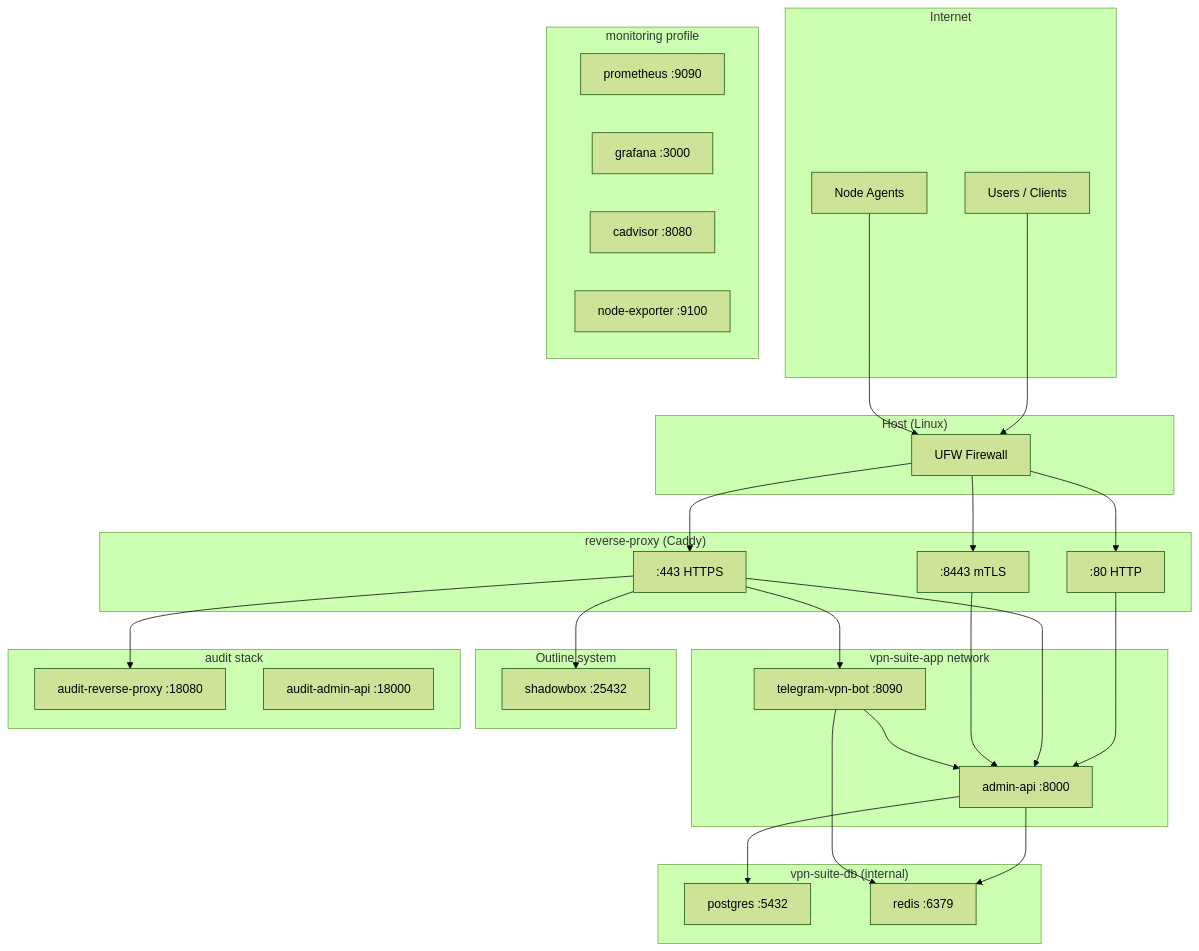
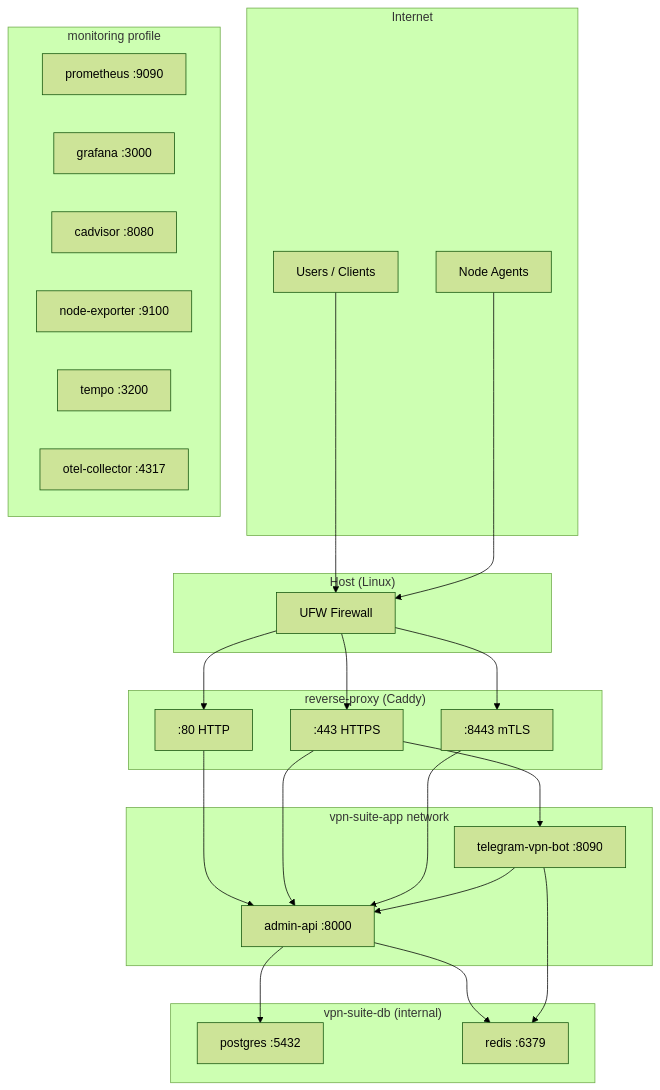
The first of 2 diagrams in docs/ops/infrastructure-map.md (alexandertataurov/vpn-suite), drawn with Mermaid (forest theme) before and after one commit. The commit also changed other lines of this file and 193 other files, not shown here.

````diff
--- a/docs/ops/infrastructure-map.md
+++ b/docs/ops/infrastructure-map.md
@@ -10,59 +10,50 @@
 ```mermaid
 flowchart TB
     subgraph Internet
         Users[Users / Clients]
         Agents[Node Agents]
     end
 
     subgraph Host["Host (Linux)"]
         UFW[UFW Firewall]
     end
 
     subgraph Caddy["reverse-proxy (Caddy)"]
         P80[":80 HTTP"]
         P443[":443 HTTPS"]
         P8443[":8443 mTLS"]
     end
 
     subgraph VPNStack["vpn-suite-app network"]
         AdminAPI[admin-api :8000]
         Bot[telegram-vpn-bot :8090]
     end
 
     subgraph DBStack["vpn-suite-db (internal)"]
         Postgres[postgres :5432]
         Redis[redis :6379]
     end
 
     subgraph Monitor["monitoring profile"]
         Prometheus[prometheus :9090]
         Grafana[grafana :3000]
         Cadvisor[cadvisor :8080]
         NodeExporter[node-exporter :9100]
-    end
-
-    subgraph OutlineSys["Outline system"]
-        Shadowbox[shadowbox :25432]
-    end
-
-    subgraph AuditStack["audit stack"]
-        AuditProxy[audit-reverse-proxy :18080]
-        AuditAPI[audit-admin-api :18000]
+        Tempo[tempo :3200]
+        OtelCollector[otel-collector :4317]
     end
 
     Users --> UFW
     Agents --> UFW
     UFW --> P80
     UFW --> P443
     UFW --> P8443
     P80 --> AdminAPI
     P443 --> AdminAPI
-    P443 --> Shadowbox
-    P443 --> AuditProxy
     P8443 --> AdminAPI
     P443 --> Bot
     AdminAPI --> Postgres
     AdminAPI --> Redis
     Bot --> AdminAPI
     Bot --> Redis
 ```
````
